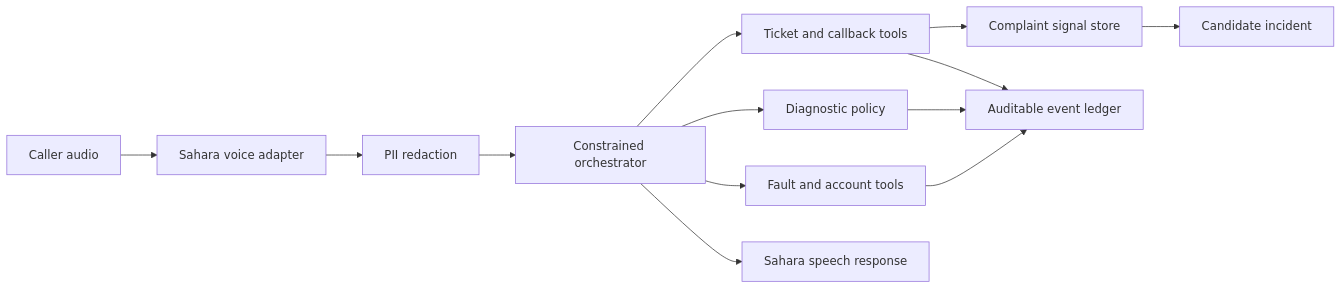
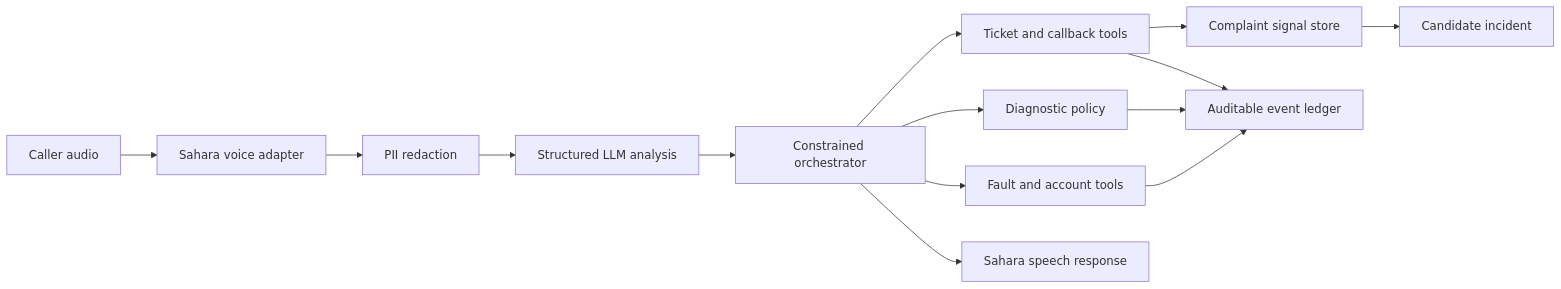
One commit to AbooMardiiyah/faultbridge changed the diagram in docs/ARCHITECTURE.md. Above: the diagram before and after it, drawn with Mermaid. The commit also changed other lines of this file and 33 other files, not shown here.

````diff
--- a/docs/ARCHITECTURE.md
+++ b/docs/ARCHITECTURE.md
@@ -8,15 +8,16 @@
 ```mermaid
 flowchart LR
     A[Caller audio] --> B[Sahara voice adapter]
     B --> C[PII redaction]
-    C --> D[Constrained orchestrator]
+    C --> L[Structured LLM analysis]
+    L --> D[Constrained orchestrator]
     D --> E[Fault and account tools]
     D --> F[Diagnostic policy]
     D --> G[Ticket and callback tools]
     G --> H[Complaint signal store]
     H --> I[Candidate incident]
     E --> J[Auditable event ledger]
     F --> J
     G --> J
     D --> K[Sahara speech response]
 ```
````
